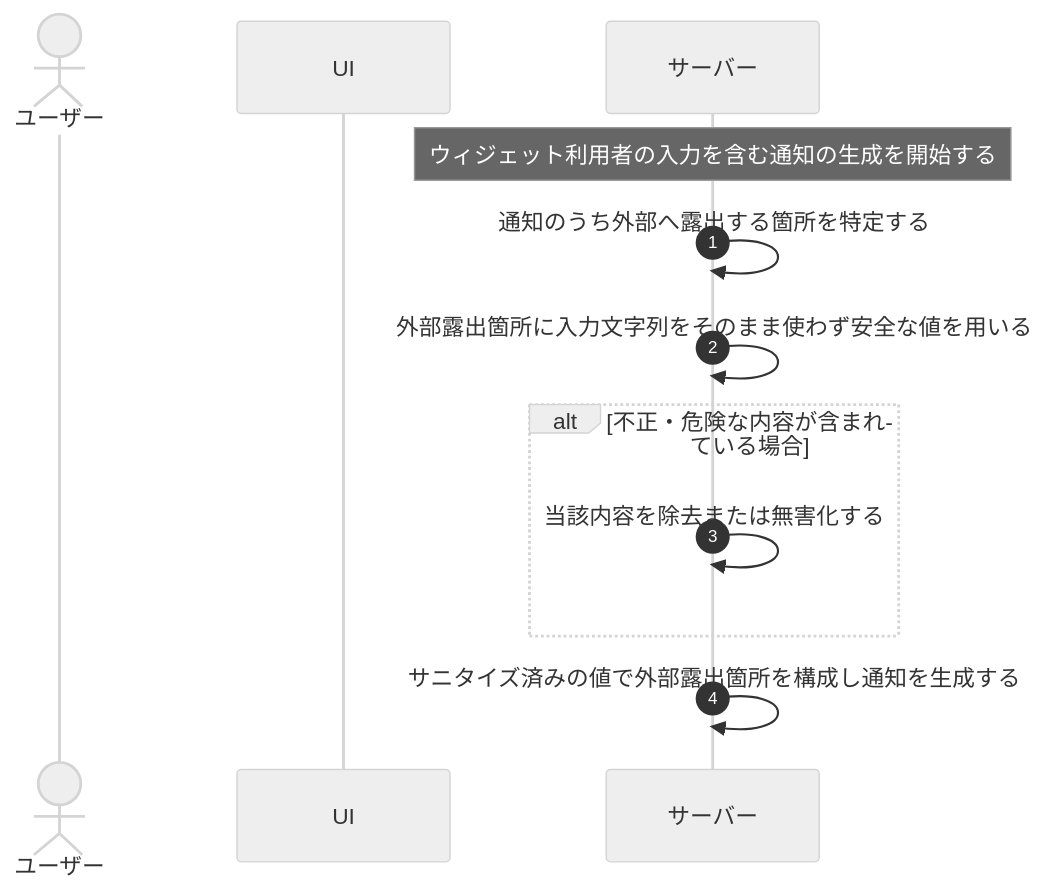
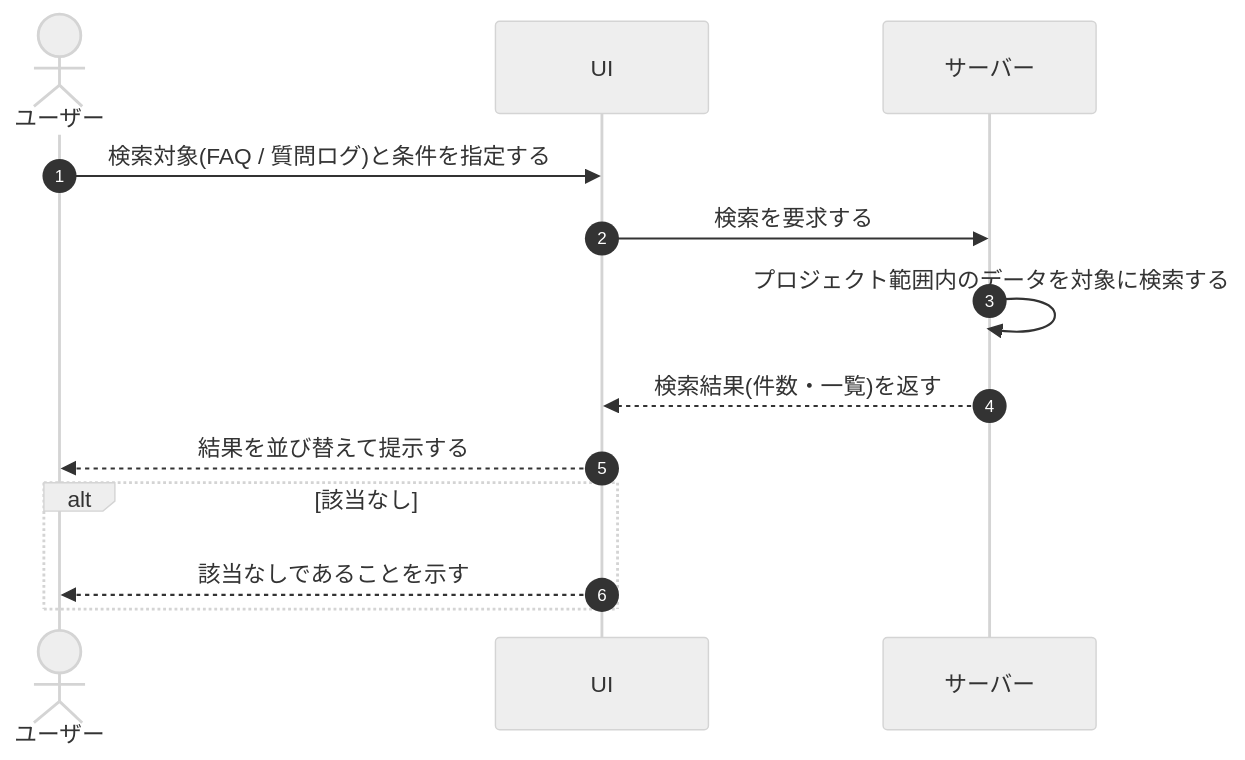
The diagram in 01_requirements/04_business_usecases/UC-076.md (sikakou54/open-faq), drawn with Mermaid (neutral theme) before and after one commit. The commit also changed other lines of this file and 395 other files, not shown here.

````diff
--- a/01_requirements/04_business_usecases/UC-076.md
+++ b/01_requirements/04_business_usecases/UC-076.md
@@ -26,14 +26,15 @@
 ```mermaid
 sequenceDiagram
   autonumber
   actor U as ユーザー
   participant UI as UI
   participant S as サーバー
-  Note over S: ウィジェット利用者の入力を含む通知の生成を開始する
-  S->>S: 通知のうち外部へ露出する箇所を特定する
-  S->>S: 外部露出箇所に入力文字列をそのまま使わず安全な値を用いる
-  alt 不正・危険な内容が含まれている場合
-    S->>S: 当該内容を除去または無害化する
+  U->>UI: 検索対象(FAQ / 質問ログ)と条件を指定する
+  UI->>S: 検索を要求する
+  S->>S: プロジェクト範囲内のデータを対象に検索する
+  S-->>UI: 検索結果(件数・一覧)を返す
+  UI-->>U: 結果を並び替えて提示する
+  alt 該当なし
+    UI-->>U: 該当なしであることを示す
   end
-  S->>S: サニタイズ済みの値で外部露出箇所を構成し通知を生成する
 ```
````
